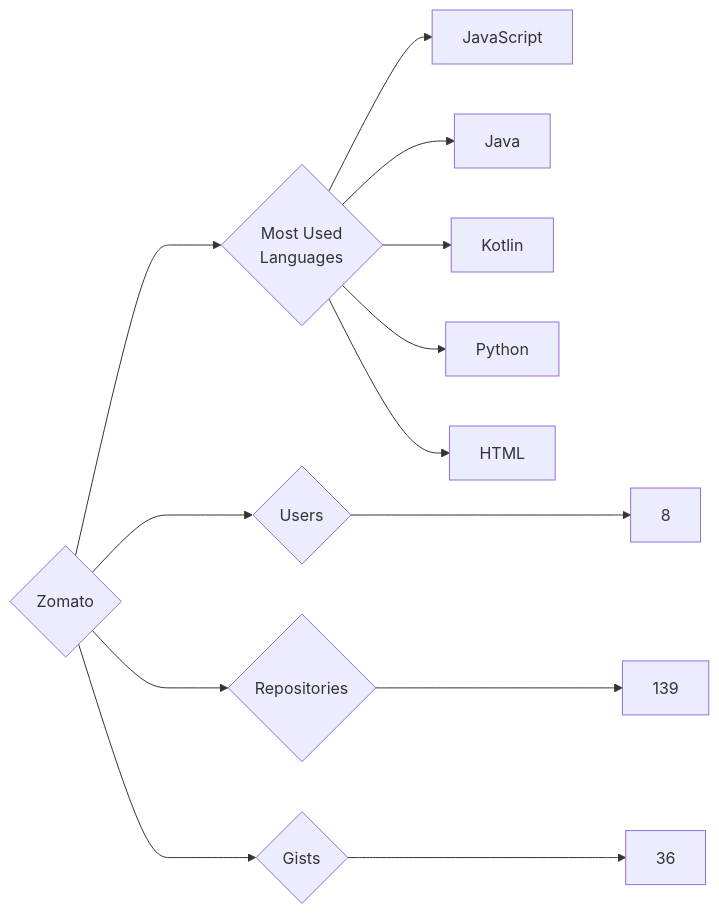
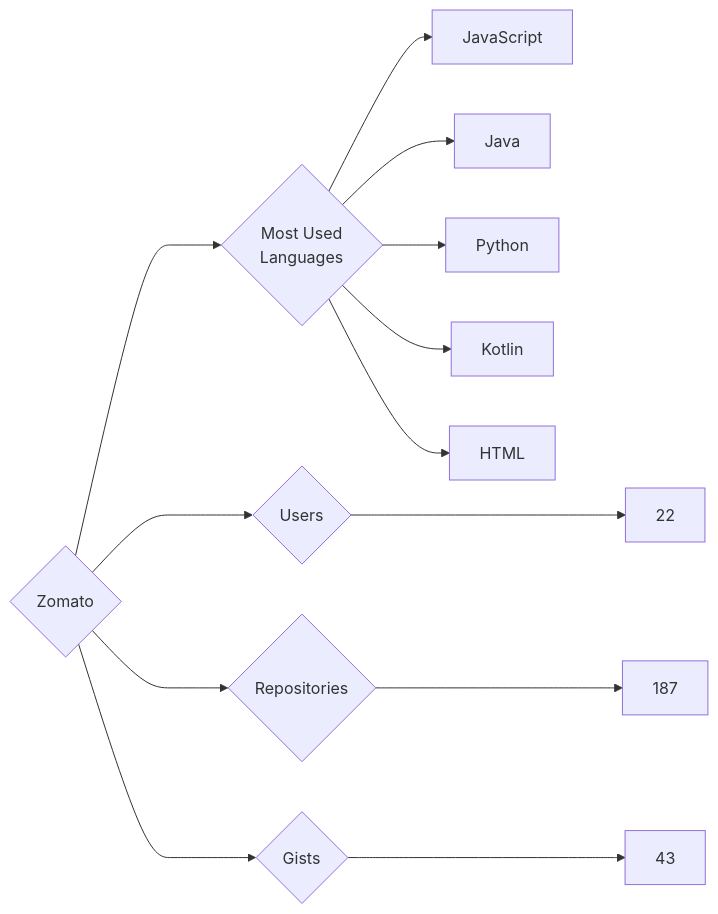
Before and after one commit to trickest/insiders: the diagram in targets/Zomato/README.md, drawn with Mermaid. The commit also changed 815 other files, not shown here.

````diff
--- a/targets/Zomato/README.md
+++ b/targets/Zomato/README.md
@@ -3,13 +3,13 @@
 ```mermaid
 graph LR
 COMPANY_NAME{Zomato}
-COMPANY_NAME ---> U{Users} ---> UN[8]
-COMPANY_NAME ---> R{Repositories} ---> RN[139]
-COMPANY_NAME ---> G{Gists} ---> GN[36]
+COMPANY_NAME ---> U{Users} ---> UN[22]
+COMPANY_NAME ---> R{Repositories} ---> RN[187]
+COMPANY_NAME ---> G{Gists} ---> GN[43]
 COMPANY_NAME ---> ML{Most Used<br>Languages}
 ML --> JavaScript[JavaScript]
 ML --> Java[Java]
+ML --> Python[Python]
 ML --> Kotlin[Kotlin]
-ML --> Python[Python]
 ML --> HTML[HTML]
 ```
````
